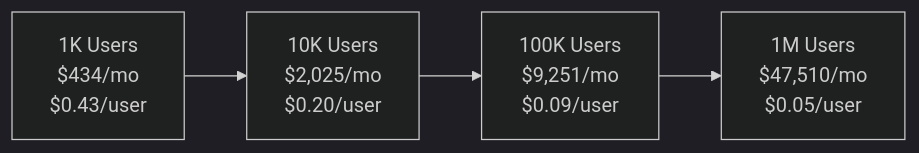
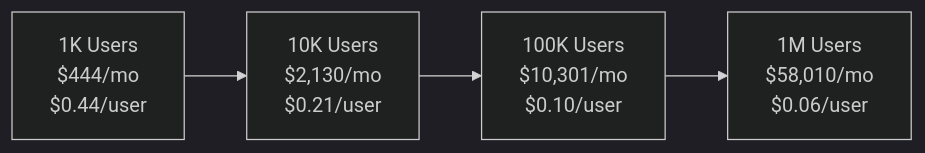
One commit to aroznammu/orchestra-ai changed the diagram in docs/cost-analysis.md. Above: the diagram before and after it, drawn with Mermaid (dark theme). The commit also changed other lines of this file and 6 other files, not shown here.

First line of the commit message:
docs: update architecture, security, cost analysis, user procedures, and go-live checklist

````diff
--- a/docs/cost-analysis.md
+++ b/docs/cost-analysis.md
@@ -270,6 +266,6 @@
 ```mermaid
 graph LR
-    A[1K Users<br/>$434/mo<br/>$0.43/user] --> B[10K Users<br/>$2,025/mo<br/>$0.20/user]
-    B --> C[100K Users<br/>$9,251/mo<br/>$0.09/user]
-    C --> D[1M Users<br/>$47,510/mo<br/>$0.05/user]
+    A[1K Users<br/>$444/mo<br/>$0.44/user] --> B[10K Users<br/>$2,130/mo<br/>$0.21/user]
+    B --> C[100K Users<br/>$10,301/mo<br/>$0.10/user]
+    C --> D[1M Users<br/>$58,010/mo<br/>$0.06/user]
 ```
````
